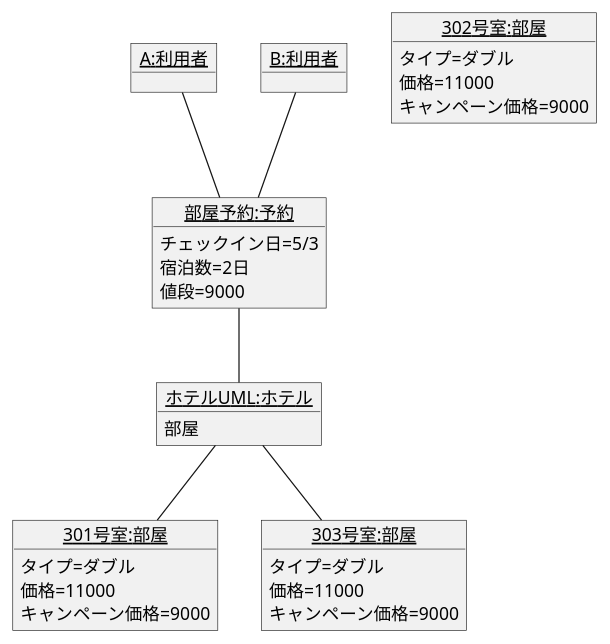
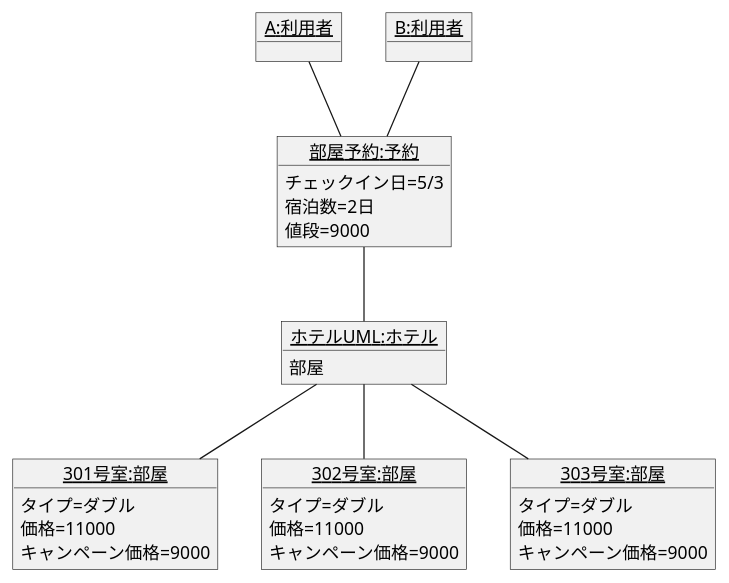
One commit to syutamorijyobi/uml-introduction changed the diagram in 演習3-5_OBJ_ホテル宿泊予約.pu. Above: the diagram before and after it, drawn with PlantUML.

Commit message:
３－５の編集

```diff
--- a/演習3-5_OBJ_ホテル宿泊予約.pu
+++ b/演習3-5_OBJ_ホテル宿泊予約.pu
@@ -1,35 +1,36 @@
 @startuml ho
 object "<u>ホテルUML:ホテル</u>" as  hotel{
     部屋
 }
 object "<u>301号室:部屋</u>" as roominfo1{
     タイプ=ダブル
     価格=11000
     キャンペーン価格=9000
 }
 object "<u>302号室:部屋</u>" as roominfo2{
     タイプ=ダブル
     価格=11000
     キャンペーン価格=9000
 }
 object "<u>303号室:部屋</u>" as roominfo3{
     タイプ=ダブル
     価格=11000
     キャンペーン価格=9000
 }
 object "<u>部屋予約:予約</u>" as ro {
 チェックイン日=5/3
 宿泊数=2日
 値段=9000
 }
 object "<u>A:利用者</u>" as a {
 }
 object "<u>B:利用者</u>" as b {
 }
 a -- ro
 b -- ro
-ro -- hotel 
+ro -- hotel
+
 hotel -- roominfo1
 hotel -- roominfo3
-
+hotel -- roominfo2
 @enduml
```
